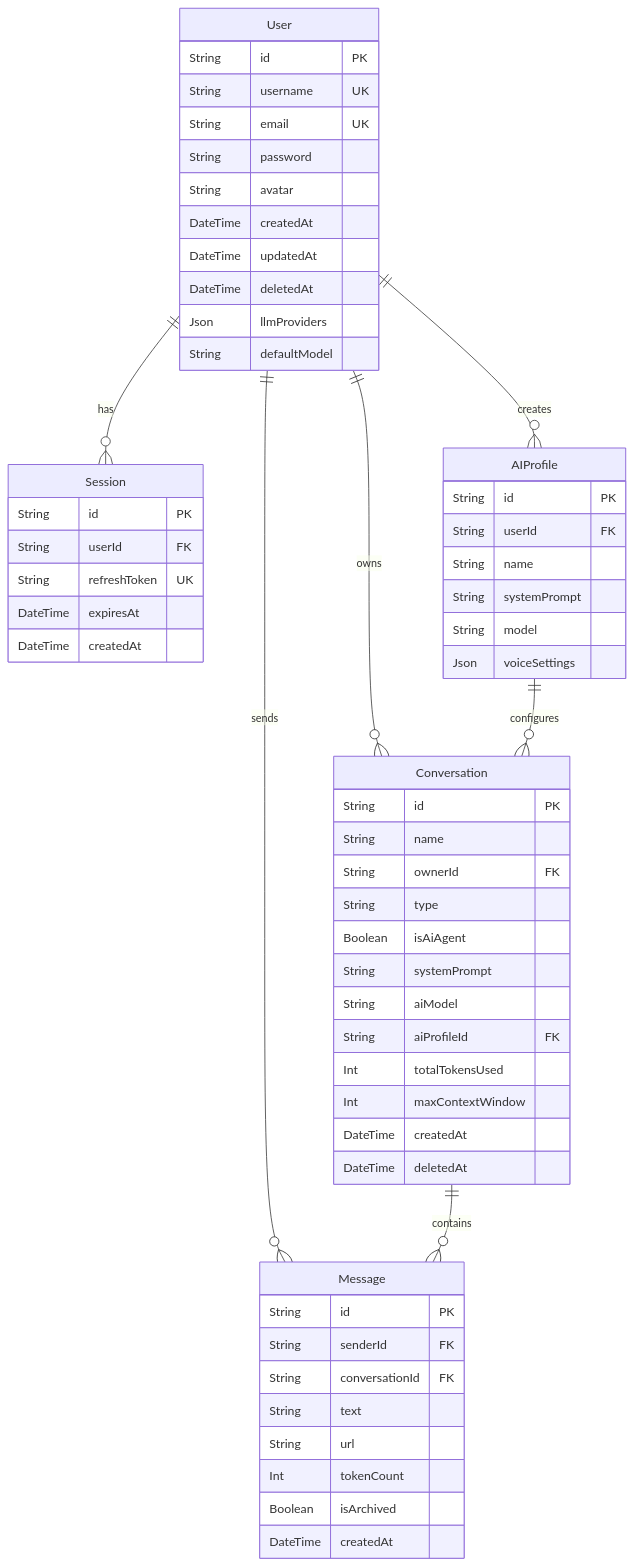
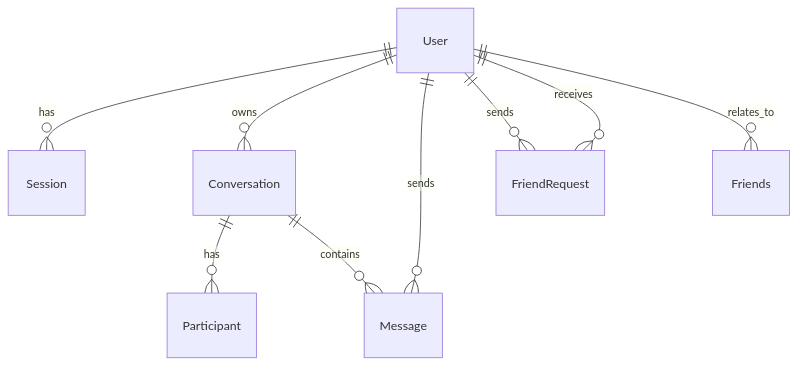
The diagram in _docs/DATABASE_DESIGN.md (EricNguyen1206/turbo-chat), drawn with Mermaid before and after one commit. The commit also changed other lines of this file and 43 other files, not shown here.

````diff
--- a/_docs/DATABASE_DESIGN.md
+++ b/_docs/DATABASE_DESIGN.md
@@ -36,66 +38,13 @@
 ```mermaid
 erDiagram
     User ||--o{ Session : has
     User ||--o{ Conversation : owns
     User ||--o{ Message : sends
-    User ||--o{ AIProfile : creates
-    
+
+    Conversation ||--o{ Participant : has
     Conversation ||--o{ Message : contains
-    AIProfile ||--o{ Conversation : configures
-    
-    User {
-        String id PK
-        String username UK
-        String email UK
-        String password
-        String avatar
-        DateTime createdAt
-        DateTime updatedAt
-        DateTime deletedAt
-        Json llmProviders
-        String defaultModel
-    }
-    
-    Session {
-        String id PK
-        String userId FK
-        String refreshToken UK
-        DateTime expiresAt
-        DateTime createdAt
-    }
-    
-    Conversation {
-        String id PK
-        String name
-        String ownerId FK
-        String type
-        Boolean isAiAgent
-        String systemPrompt
-        String aiModel
-        String aiProfileId FK
-        Int totalTokensUsed
-        Int maxContextWindow
-        DateTime createdAt
-        DateTime deletedAt
-    }
-    
-    Message {
-        String id PK
-        String senderId FK
-        String conversationId FK
-        String text
-        String url
-        Int tokenCount
-        Boolean isArchived
-        DateTime createdAt
-    }
-    
-    AIProfile {
-        String id PK
-        String userId FK
-        String name
-        String systemPrompt
-        String model
-        Json voiceSettings
-    }
+
+    User ||--o{ FriendRequest : sends
+    User ||--o{ FriendRequest : receives
+    User ||--o{ Friends : relates_to
 ```
````
